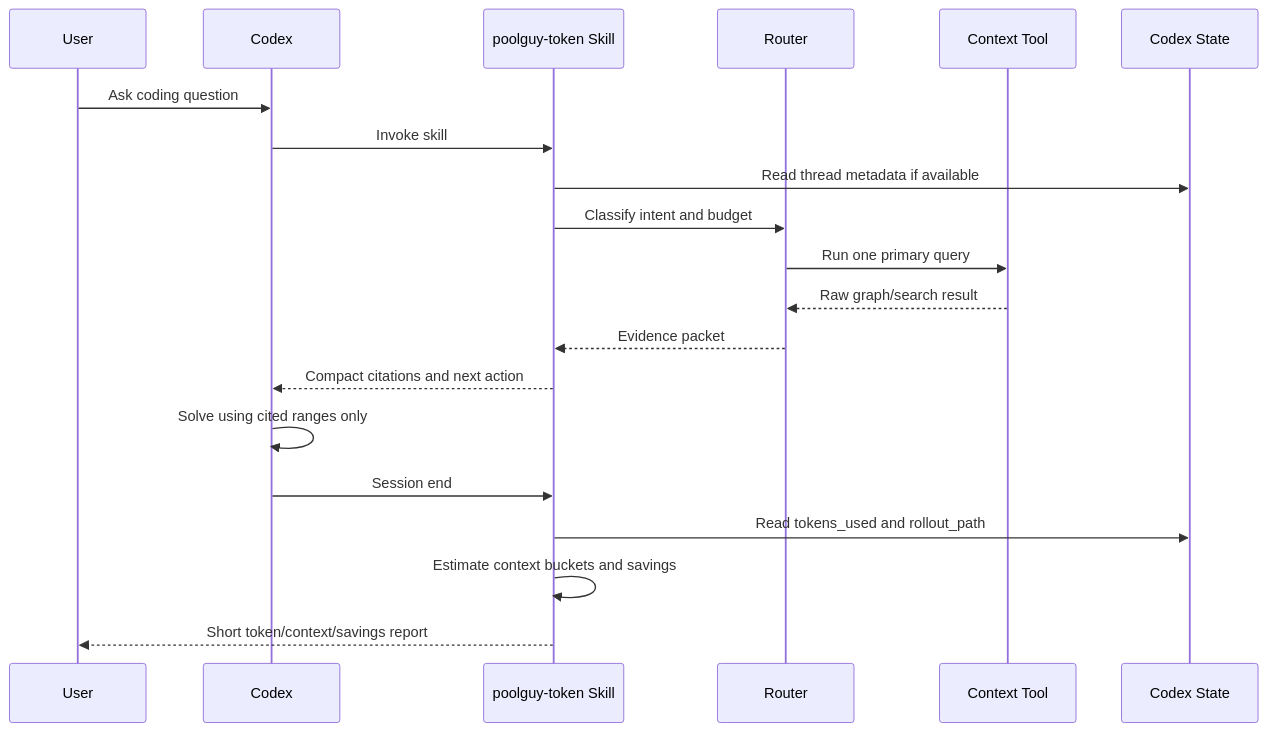
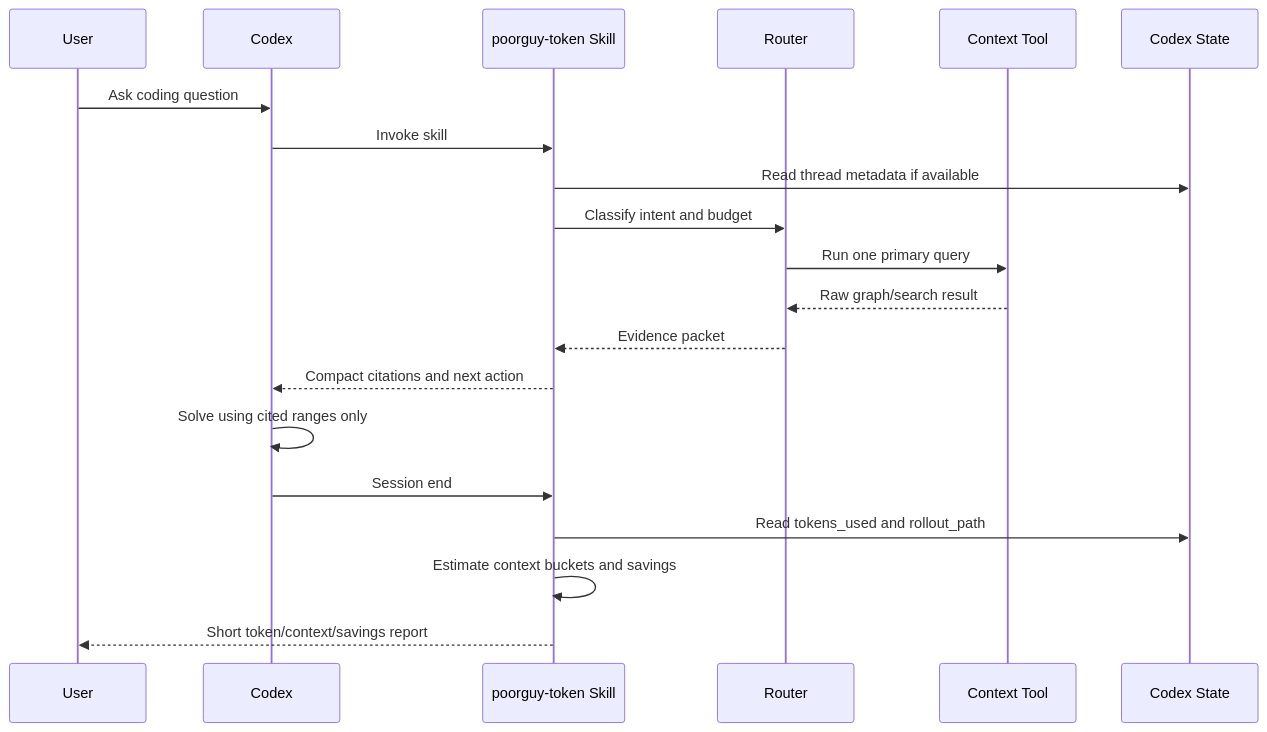
One commit to GitDzreal93/poorguy-token changed the fourth of 6 diagrams in docs/detailed-design.md. Above: the diagram before and after it, drawn with Mermaid. The commit also changed other lines of this file and 4 other files, not shown here.

Commit message:
Rename skill to poorguy-token

````diff
--- a/docs/detailed-design.md
+++ b/docs/detailed-design.md
@@ -331,23 +331,23 @@
 ```mermaid
 sequenceDiagram
   participant U as User
   participant C as Codex
-  participant S as poolguy-token Skill
+  participant S as poorguy-token Skill
   participant R as Router
   participant T as Context Tool
   participant DB as Codex State
 
   U->>C: Ask coding question
   C->>S: Invoke skill
   S->>DB: Read thread metadata if available
   S->>R: Classify intent and budget
   R->>T: Run one primary query
   T-->>R: Raw graph/search result
   R-->>S: Evidence packet
   S-->>C: Compact citations and next action
   C->>C: Solve using cited ranges only
   C->>S: Session end
   S->>DB: Read tokens_used and rollout_path
   S->>S: Estimate context buckets and savings
   S-->>U: Short token/context/savings report
 ```
````
